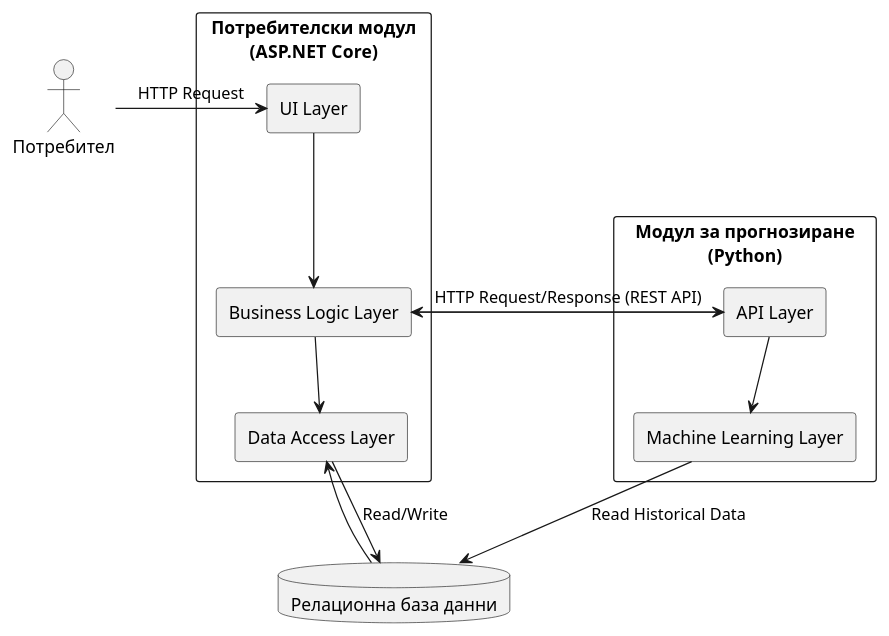
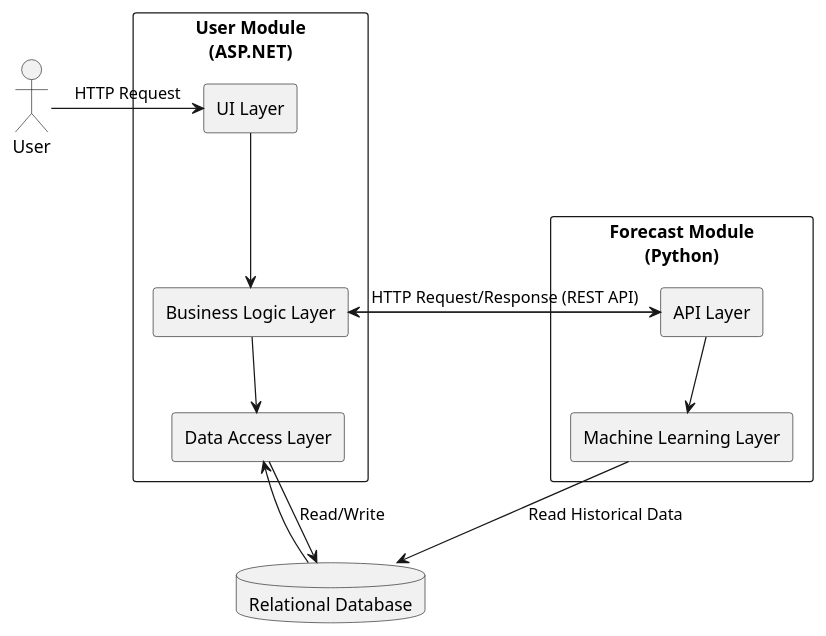
One commit to Kras13/AutoParts_ShopAndForum changed the diagram in Diagrams/3.MainArch/MainArch.puml. Above: the diagram before and after it, drawn with PlantUML. The commit also changed 3 other files, not shown here.

Commit message:
Diagrams.

```diff
--- a/Diagrams/3.MainArch/MainArch.puml
+++ b/Diagrams/3.MainArch/MainArch.puml
@@ -1,30 +1,30 @@
 @startuml MainArch
 
-rectangle "Потребителски модул\n(ASP.NET Core)" as UserModule {
+rectangle "User Module\n(ASP.NET)" as UserModule {
     rectangle "UI Layer" as UILayer
     rectangle "Business Logic Layer" as BLL
     rectangle "Data Access Layer" as DAL
 }
 
-rectangle "Модул за прогнозиране\n(Python)" as ForecastingModule {
+rectangle "Forecast Module\n(Python)" as ForecastingModule {
     rectangle "API Layer" as API
     rectangle "Machine Learning Layer" as ML
 }
 
-database "Релационна база данни" as DB
+database "Relational Database" as DB
 
-actor "Потребител" as User
+actor "User" as User
 
 User -> UILayer : HTTP Request
 UILayer --> BLL
 BLL --> DAL
 DAL --> DB : Read/Write
 DB --> DAL
 
 BLL --> API : HTTP Request/Response (REST API)
 API --> ML
 ML --> DB : Read Historical Data
 
 API --> BLL
 
 @enduml
```
